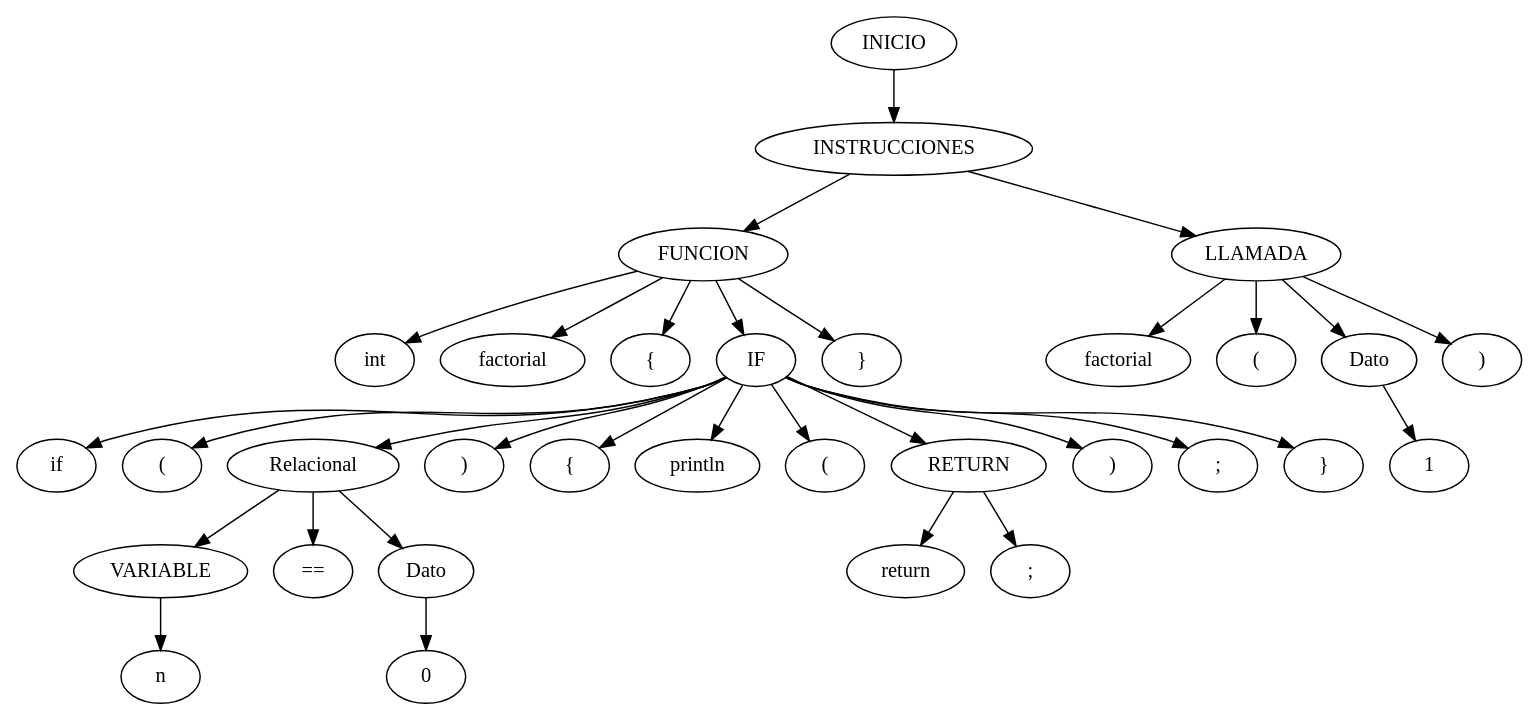
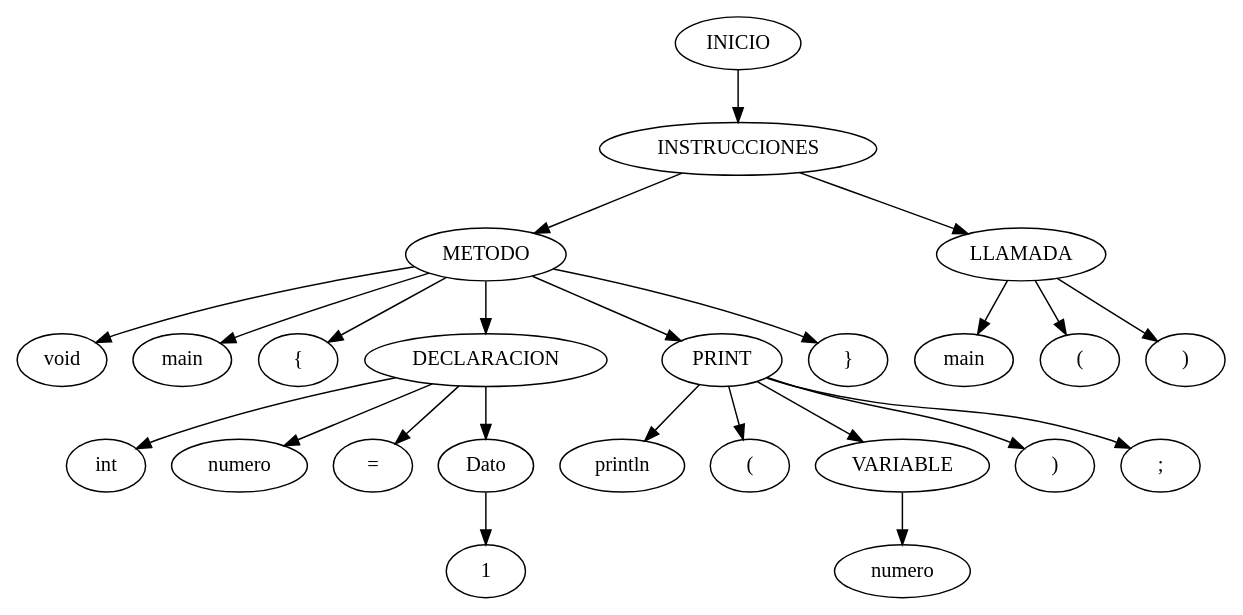
The diagram in server/arbolAST.dot (Ssolares0/OLC1_Proyecto2_202004822), drawn with Graphviz before and after one commit. The commit also changed 7 other files, not shown here.

```diff
--- a/server/arbolAST.dot
+++ b/server/arbolAST.dot
@@ -1,66 +1,50 @@
 digraph arbolAST{ 
       n0[label="INICIO"];
       n1[label="INSTRUCCIONES"];
       n0 -> n1;
-n2[label="FUNCION"];
+n2[label="METODO"];
       n1 -> n2;
-n3[label="int"];
+n3[label="void"];
       n2 -> n3;
-n4[label="factorial"];
+n4[label="main"];
       n2 -> n4;
 n5[label="{"];
       n2 -> n5;
-n6[label="IF"];
+n6[label="DECLARACION"];
       n2 -> n6;
-n7[label="if"];
+n7[label="int"];
       n6 -> n7;
-n8[label="("];
+n8[label="numero"];
       n6 -> n8;
-n9[label="Relacional"];
+n9[label="="];
       n6 -> n9;
-n10[label="VARIABLE"];
-      n9 -> n10;
-n11[label="n"];
+n10[label="Dato"];
+      n6 -> n10;
+n11[label="1"];
       n10 -> n11;
-n12[label="=="];
-      n9 -> n12;
-n13[label="Dato"];
-      n9 -> n13;
-n14[label="0"];
-      n13 -> n14;
-n15[label=")"];
-      n6 -> n15;
-n16[label="{"];
-      n6 -> n16;
-n17[label="println"];
-      n6 -> n17;
-n18[label="("];
-      n6 -> n18;
-n19[label="RETURN"];
-      n6 -> n19;
-n20[label="return"];
-      n19 -> n20;
-n21[label=";"];
-      n19 -> n21;
-n22[label=")"];
-      n6 -> n22;
-n23[label=";"];
-      n6 -> n23;
-n24[label="}"];
-      n6 -> n24;
-n25[label="}"];
-      n2 -> n25;
-n26[label="LLAMADA"];
-      n1 -> n26;
-n27[label="factorial"];
-      n26 -> n27;
-n28[label="("];
-      n26 -> n28;
-n29[label="Dato"];
-      n26 -> n29;
-n30[label="1"];
-      n29 -> n30;
-n31[label=")"];
-      n26 -> n31;
+n12[label="PRINT"];
+      n2 -> n12;
+n13[label="println"];
+      n12 -> n13;
+n14[label="("];
+      n12 -> n14;
+n15[label="VARIABLE"];
+      n12 -> n15;
+n16[label="numero"];
+      n15 -> n16;
+n17[label=")"];
+      n12 -> n17;
+n18[label=";"];
+      n12 -> n18;
+n19[label="}"];
+      n2 -> n19;
+n20[label="LLAMADA"];
+      n1 -> n20;
+n21[label="main"];
+      n20 -> n21;
+n22[label="("];
+      n20 -> n22;
+n23[label=")"];
+      n20 -> n23;
 
     }
```
